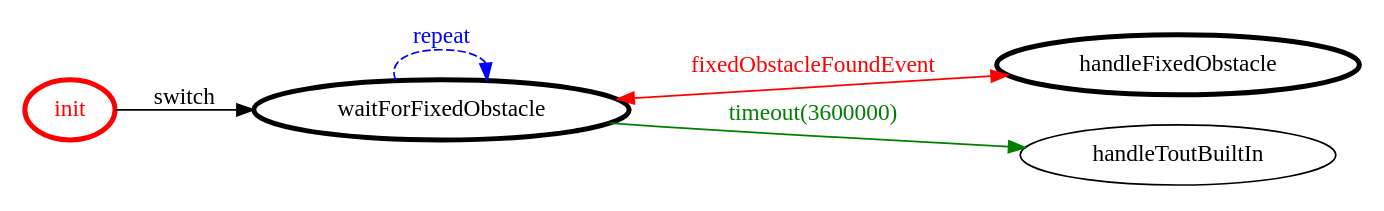
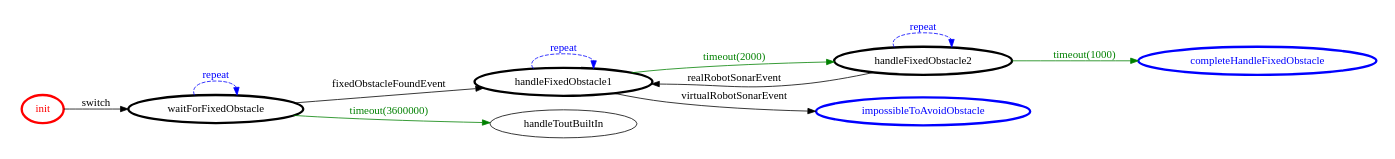
One commit to FraGio/iss2018 changed the diagram in it.unibo.projectRobot/srcMore/it/unibo/fixedobstaclemanager/fixedobstaclemanager.gv. Above: the diagram before and after it, drawn with Graphviz. The commit also changed 2 other files, not shown here.

Commit message:
R-Obstacle

```diff
--- a/it.unibo.projectRobot/srcMore/it/unibo/fixedobstaclemanager/fixedobstaclemanager.gv
+++ b/it.unibo.projectRobot/srcMore/it/unibo/fixedobstaclemanager/fixedobstaclemanager.gv
@@ -1,20 +1,29 @@
 /*
 *
 * A GraphViz DOT FSM description 
 * Please use a GraphViz visualizer (like http://www.webgraphviz.com)
 *  
 */
 
 digraph finite_state_machine {
 	rankdir=LR
 	size="8,5"
 	
 	init [ color = red ][ fontcolor = red ][ penwidth = 3 ]
-	handleFixedObstacle [ color = black ][ fontcolor = black ][ penwidth = 3 ]
 	waitForFixedObstacle [ color = black ][ fontcolor = black ][ penwidth = 3 ]
+	handleFixedObstacle2 [ color = black ][ fontcolor = black ][ penwidth = 3 ]
+	handleFixedObstacle1 [ color = black ][ fontcolor = black ][ penwidth = 3 ]
+	impossibleToAvoidObstacle [ color = blue ][ fontcolor = blue ][ penwidth = 3 ]
+	completeHandleFixedObstacle [ color = blue ][ fontcolor = blue ][ penwidth = 3 ]
 	
+	handleFixedObstacle1 -> handleFixedObstacle2 [ label = "timeout(2000)" ][ color = green ][ fontcolor = green ]
+	handleFixedObstacle1 -> impossibleToAvoidObstacle [ label = "virtualRobotSonarEvent" ][ color = black ][ fontcolor = black ]
+	handleFixedObstacle2 -> handleFixedObstacle1 [ label = "realRobotSonarEvent" ][ color = black ][ fontcolor = black ]
+	handleFixedObstacle1 -> handleFixedObstacle1 [ label = "repeat "][ style = dashed ][ color = blue ][ fontcolor = blue ]
+	waitForFixedObstacle -> handleFixedObstacle1 [ label = "fixedObstacleFoundEvent" ][ color = black ][ fontcolor = black ]
 	waitForFixedObstacle -> handleToutBuiltIn [ label = "timeout(3600000)" ][ color = green ][ fontcolor = green ]
-	waitForFixedObstacle -> handleFixedObstacle [ label = "fixedObstacleFoundEvent" ][ color = red ][ fontcolor = red ][ dir = both ]
 	waitForFixedObstacle -> waitForFixedObstacle [ label = "repeat "][ style = dashed ][ color = blue ][ fontcolor = blue ]
+	handleFixedObstacle2 -> completeHandleFixedObstacle [ label = "timeout(1000)" ][ color = green ][ fontcolor = green ]
 	init -> waitForFixedObstacle [ label = "switch" ][ color = black ][ fontcolor = black ]
+	handleFixedObstacle2 -> handleFixedObstacle2 [ label = "repeat "][ style = dashed ][ color = blue ][ fontcolor = blue ]
 }
```
